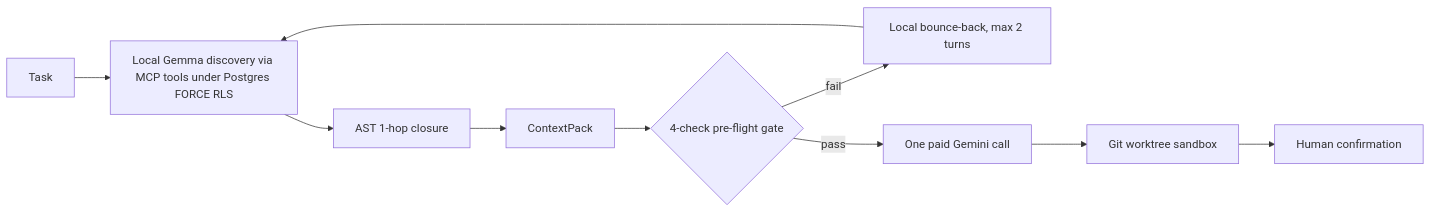
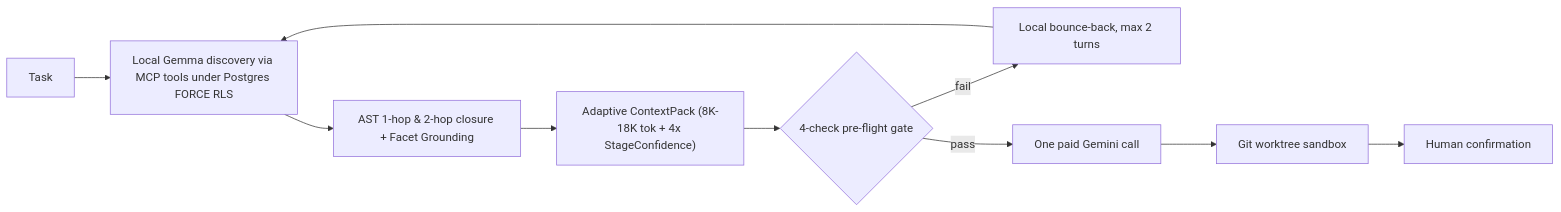
The diagram in README.md (himanshu2408/enterprise-context-scout), drawn with Mermaid before and after one commit. The commit also changed other lines of this file and 4 other files, not shown here.

Commit message:
docs(readme,ci): sync Stage 8 architecture docs, open items register, and PG17 CI workflow

````diff
--- a/README.md
+++ b/README.md
@@ -9,12 +9,12 @@
 ```mermaid
 flowchart LR
   Q[Task] --> D[Local Gemma discovery via MCP tools under Postgres FORCE RLS]
-  D --> A[AST 1-hop closure]
-  A --> P[ContextPack]
+  D --> A["AST 1-hop & 2-hop closure + Facet Grounding"]
+  A --> P["Adaptive ContextPack (8K-18K tok + 4x StageConfidence)"]
   P --> G{4-check pre-flight gate}
   G -- fail --> B[Local bounce-back, max 2 turns]
   B --> D
   G -- pass --> E[One paid Gemini call]
   E --> W[Git worktree sandbox]
   W --> H[Human confirmation]
 ```
````
